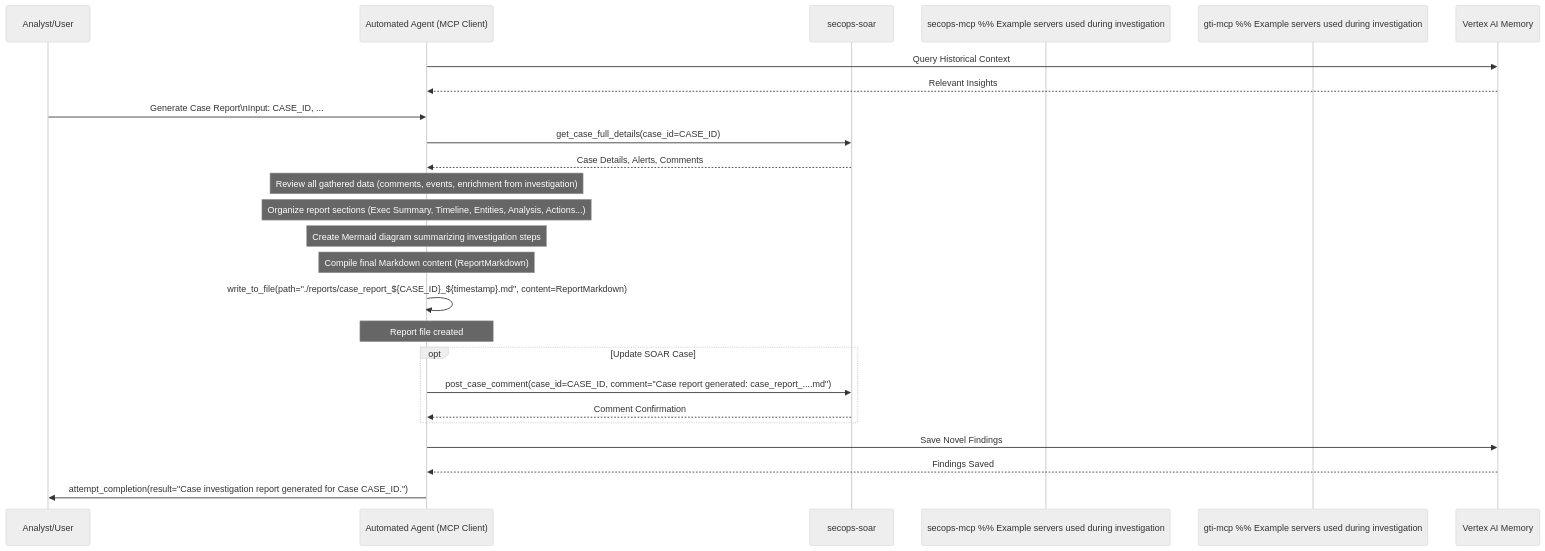
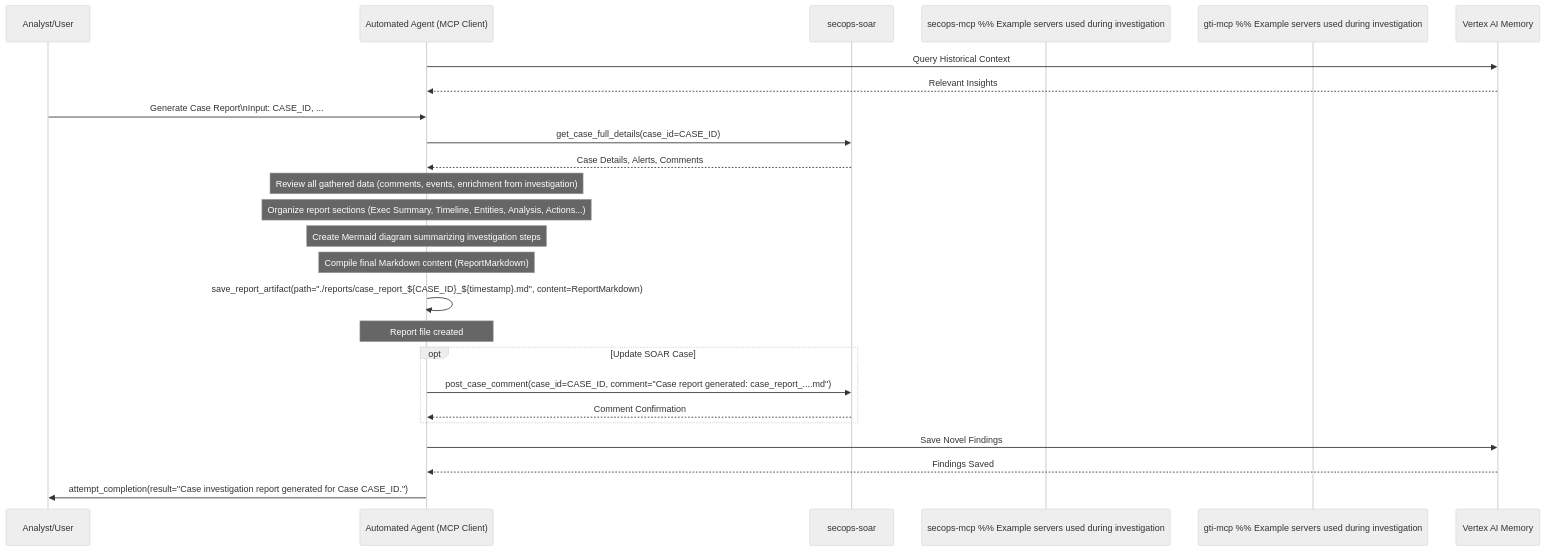
One commit to dandye/adk_runbooks changed the diagram in rules-bank/run_books/case_report.md. Above: the diagram before and after it, drawn with Mermaid (neutral theme). The commit also changed other lines of this file and 109 other files, not shown here.

````diff
--- a/rules-bank/run_books/case_report.md
+++ b/rules-bank/run_books/case_report.md
@@ -54,45 +58,45 @@
 ```mermaid
 sequenceDiagram
     participant Analyst/User
     participant AutomatedAgent as Automated Agent (MCP Client)
     participant SOAR as secops-soar
     participant SIEM as secops-mcp %% Example servers used during investigation
     participant GTI as gti-mcp  %% Example servers used during investigation
     participant Memory as Vertex AI Memory
 
 
     %% Step: Query Memory Context
     AutomatedAgent->>Memory: Query Historical Context
     Memory-->>AutomatedAgent: Relevant Insights
     Analyst/User->>AutomatedAgent: Generate Case Report\nInput: CASE_ID, ...
 
     %% Step 1: Gather Case Data
     AutomatedAgent->>SOAR: get_case_full_details(case_id=CASE_ID)
     SOAR-->>AutomatedAgent: Case Details, Alerts, Comments
     %% Potentially re-run list_events_by_alert if needed
 
     %% Step 2: Synthesize Findings
     Note over AutomatedAgent: Review all gathered data (comments, events, enrichment from investigation)
 
     %% Step 3 & 4: Structure Report & Generate Diagram
     Note over AutomatedAgent: Organize report sections (Exec Summary, Timeline, Entities, Analysis, Actions...)
     Note over AutomatedAgent: Create Mermaid diagram summarizing investigation steps
 
     %% Step 5 & 6: Format & Write Report
     Note over AutomatedAgent: Compile final Markdown content (ReportMarkdown)
-    AutomatedAgent->>AutomatedAgent: write_to_file(path="./reports/case_report_${CASE_ID}_${timestamp}.md", content=ReportMarkdown)
+    AutomatedAgent->>AutomatedAgent: save_report_artifact(path="./reports/case_report_${CASE_ID}_${timestamp}.md", content=ReportMarkdown)
     Note over AutomatedAgent: Report file created
 
     %% Step 7: Optional SOAR Update
     opt Update SOAR Case
         AutomatedAgent->>SOAR: post_case_comment(case_id=CASE_ID, comment="Case report generated: case_report_....md")
         SOAR-->>AutomatedAgent: Comment Confirmation
     end
 
 
     %% Step: Save Findings to Memory
     AutomatedAgent->>Memory: Save Novel Findings
     Memory-->>AutomatedAgent: Findings Saved
     AutomatedAgent->>Analyst/User: attempt_completion(result="Case investigation report generated for Case CASE_ID.")
 
 ```
````
